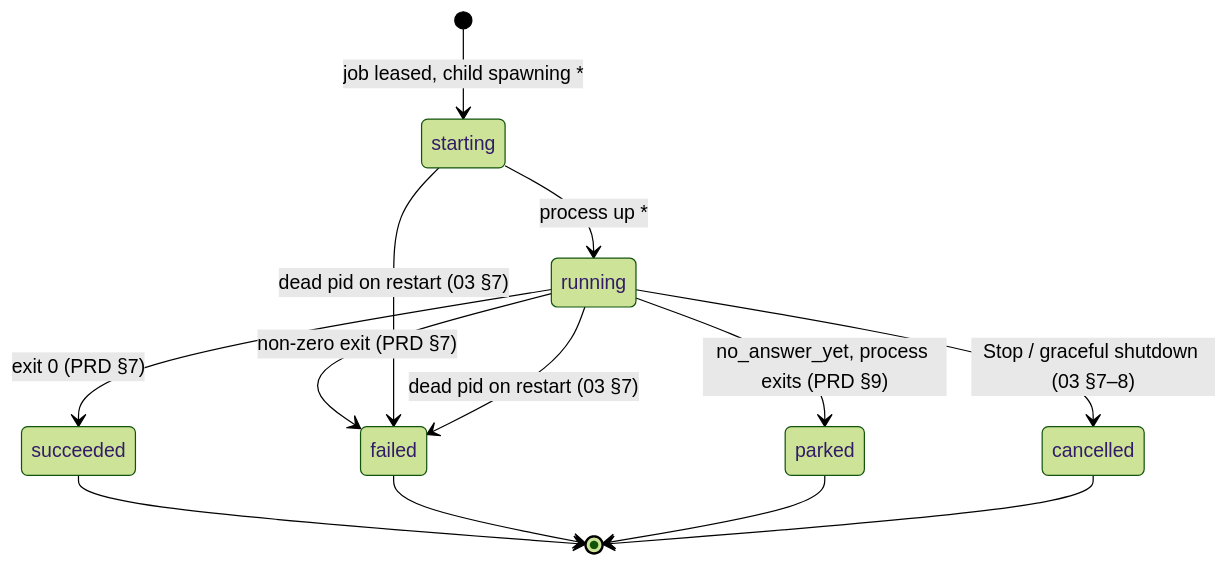
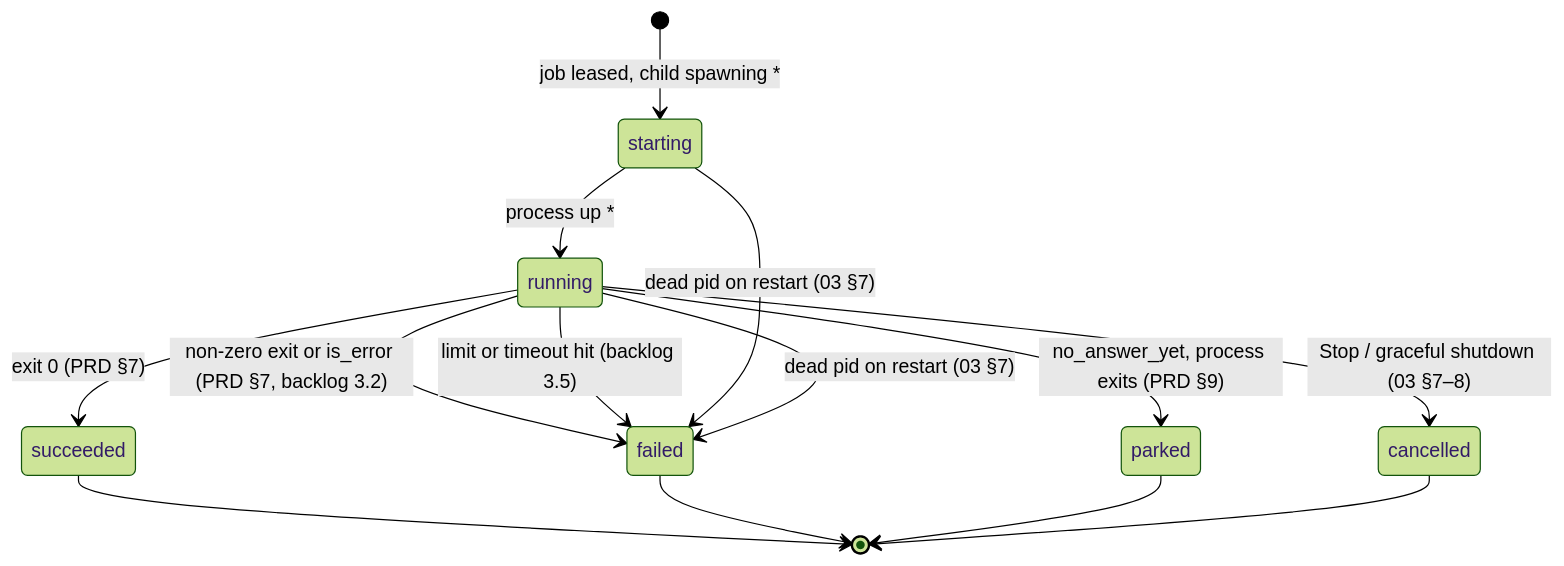
One commit to ClearCloudSoftware/flowboard changed the third of 4 diagrams in docs/FlowBoard/Execution/Execution State Machines.md. Above: the diagram before and after it, drawn with Mermaid (forest theme). The commit also changed other lines of this file and 35 other files, not shown here.

````diff
--- a/docs/FlowBoard/Execution/Execution State Machines.md
+++ b/docs/FlowBoard/Execution/Execution State Machines.md
@@ -84,15 +86,16 @@
 ```mermaid
 stateDiagram-v2
   [*] --> starting: job leased, child spawning *
   starting --> running: process up *
   running --> succeeded: exit 0 (PRD §7)
-  running --> failed: non-zero exit (PRD §7)
+  running --> failed: non-zero exit or is_error (PRD §7, backlog 3.2)
+  running --> failed: limit or timeout hit (backlog 3.5)
   running --> parked: no_answer_yet, process exits (PRD §9)
   running --> cancelled: Stop / graceful shutdown (03 §7–8)
   starting --> failed: dead pid on restart (03 §7)
   running --> failed: dead pid on restart (03 §7)
   succeeded --> [*]
   failed --> [*]
   parked --> [*]
   cancelled --> [*]
 ```
````
